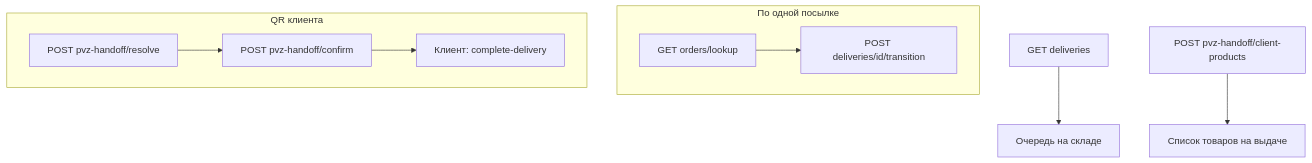
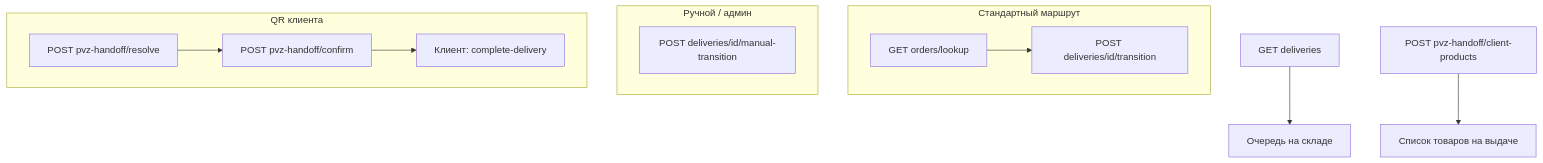
Before and after one commit to secure-deal/.github: the diagram in specs/employee-warehouse-ops.md, drawn with Mermaid. The commit also changed other lines of this file, not shown here.

First line of the commit message:
docs: refresh employee warehouse-ops spec for route and manual transitions

````diff
--- a/specs/employee-warehouse-ops.md
+++ b/specs/employee-warehouse-ops.md
@@ -213,12 +261,15 @@
 ```mermaid
 flowchart TB
-  subgraph per_parcel [По одной посылке]
+  subgraph standard [Стандартный маршрут]
     L[GET orders/lookup] --> T[POST deliveries/id/transition]
+  end
+  subgraph manual [Ручной / админ]
+    M[POST deliveries/id/manual-transition]
   end
   subgraph qr [QR клиента]
     R[POST pvz-handoff/resolve] --> C[POST pvz-handoff/confirm]
     C --> CD[Клиент: complete-delivery]
   end
   Q[GET deliveries] --> W[Очередь на складе]
   P[POST pvz-handoff/client-products] --> UI[Список товаров на выдаче]
 ```
````
